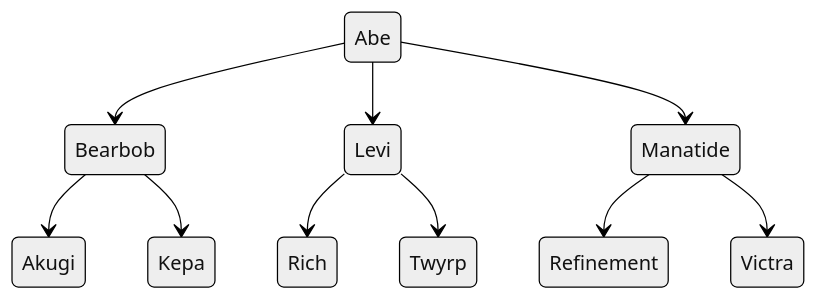
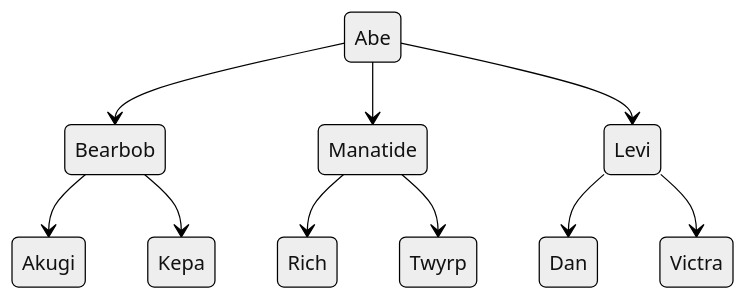
The fifth of 11 diagrams in wepulled/swp/README.md (leemWF/READMEVault), drawn with Mermaid (neutral theme) before and after one commit. The commit also changed other lines of this file, not shown here.

````diff
--- a/wepulled/swp/README.md
+++ b/wepulled/swp/README.md
@@ -107,23 +107,23 @@
 ```mermaid
 stateDiagram-v2
     t1: Abe
     h1: Bearbob
-    h2: Levi
-    h3: Manatide
+    h2: Manatide
+    h3: Levi
     r1: Akugi
     r2: Kepa
     r3: Rich
     r4: Twyrp
-    r5: Refinement
+    r5: Dan
     r6: Victra
 
     t1 --> h1
     t1 --> h2
     t1 --> h3
     h1 --> r1
     h1 --> r2
     h2 --> r3
     h2 --> r4
     h3 --> r5
     h3 --> r6
 ```
````
